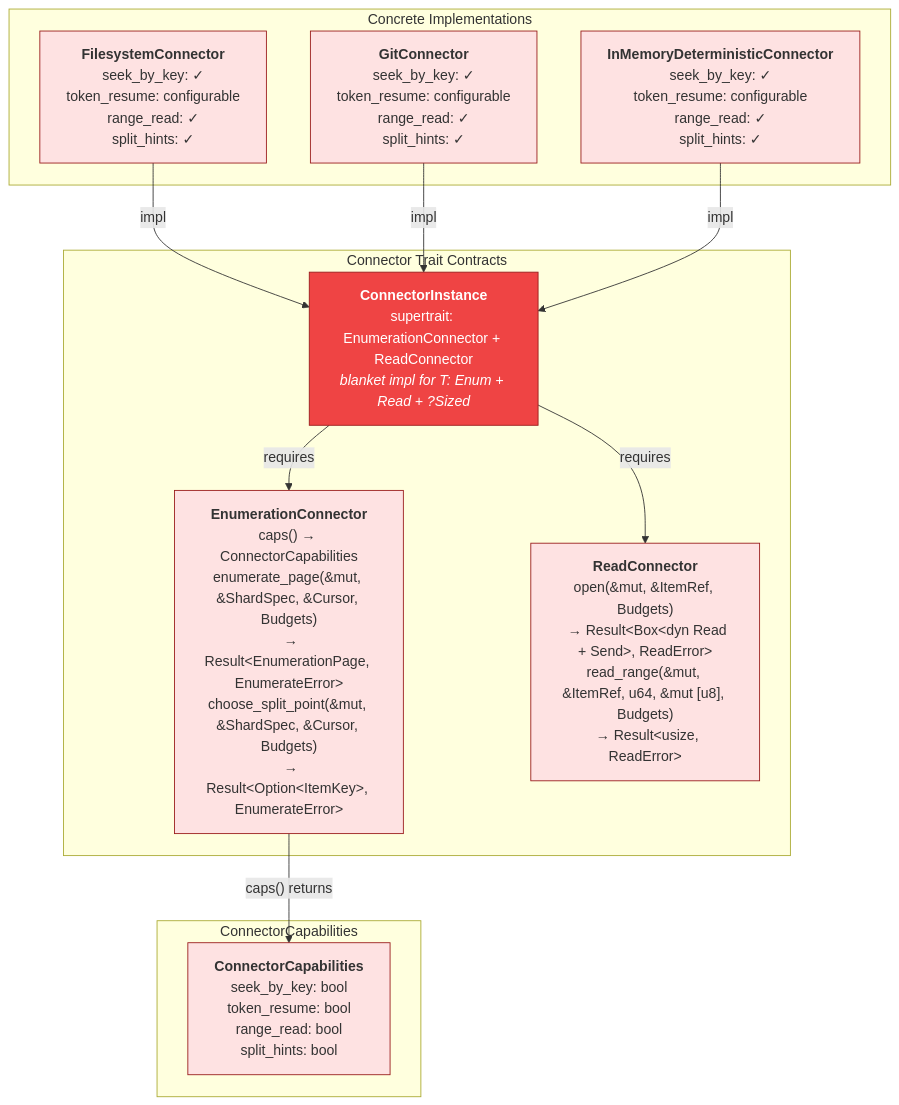
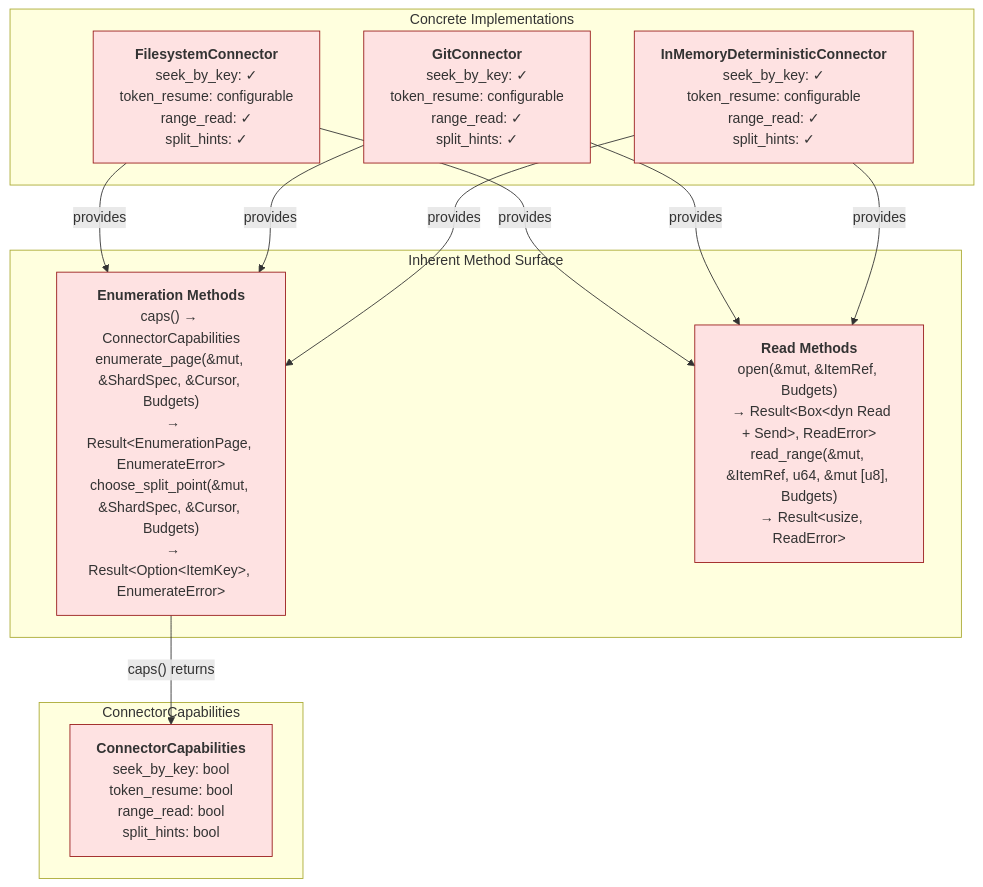
Before and after one commit to ahrav/Gossip-rs: the first of 4 diagrams in diagrams/14-connector-architecture.md, drawn with Mermaid. The commit also changed other lines of this file and 19 other files, not shown here.

First line of the commit message:
Remove trait dispatch from connector API, use inherent methods

````diff
--- a/diagrams/14-connector-architecture.md
+++ b/diagrams/14-connector-architecture.md
@@ -15,36 +13,34 @@
 ```mermaid
-%% Diagram: connector-trait-hierarchy
+%% Diagram: connector-method-surface
 graph TD
-    subgraph Traits["Connector Trait Contracts"]
-        CI["<b>ConnectorInstance</b><br/>supertrait: EnumerationConnector + ReadConnector<br/><i>blanket impl for T: Enum + Read + ?Sized</i>"]
-        EC["<b>EnumerationConnector</b><br/>caps() → ConnectorCapabilities<br/>enumerate_page(&mut, &ShardSpec, &Cursor, Budgets)<br/>  → Result&lt;EnumerationPage, EnumerateError&gt;<br/>choose_split_point(&mut, &ShardSpec, &Cursor, Budgets)<br/>  → Result&lt;Option&lt;ItemKey&gt;, EnumerateError&gt;"]
-        RC["<b>ReadConnector</b><br/>open(&mut, &ItemRef, Budgets)<br/>  → Result&lt;Box&lt;dyn Read + Send&gt;, ReadError&gt;<br/>read_range(&mut, &ItemRef, u64, &mut [u8], Budgets)<br/>  → Result&lt;usize, ReadError&gt;"]
-    end
-
-    CI -->|requires| EC
-    CI -->|requires| RC
-
     subgraph Caps["ConnectorCapabilities"]
         CC["<b>ConnectorCapabilities</b><br/>seek_by_key: bool<br/>token_resume: bool<br/>range_read: bool<br/>split_hints: bool"]
     end
 
-    EC -->|"caps() returns"| CC
+    subgraph Methods["Inherent Method Surface"]
+        EM["<b>Enumeration Methods</b><br/>caps() → ConnectorCapabilities<br/>enumerate_page(&mut, &ShardSpec, &Cursor, Budgets)<br/>  → Result&lt;EnumerationPage, EnumerateError&gt;<br/>choose_split_point(&mut, &ShardSpec, &Cursor, Budgets)<br/>  → Result&lt;Option&lt;ItemKey&gt;, EnumerateError&gt;"]
+        RM["<b>Read Methods</b><br/>open(&mut, &ItemRef, Budgets)<br/>  → Result&lt;Box&lt;dyn Read + Send&gt;, ReadError&gt;<br/>read_range(&mut, &ItemRef, u64, &mut [u8], Budgets)<br/>  → Result&lt;usize, ReadError&gt;"]
+    end
+
+    EM -->|"caps() returns"| CC
 
     subgraph Connectors["Concrete Implementations"]
         FS["<b>FilesystemConnector</b><br/>seek_by_key: ✓<br/>token_resume: configurable<br/>range_read: ✓<br/>split_hints: ✓"]
         GIT["<b>GitConnector</b><br/>seek_by_key: ✓<br/>token_resume: configurable<br/>range_read: ✓<br/>split_hints: ✓"]
         MEM["<b>InMemoryDeterministicConnector</b><br/>seek_by_key: ✓<br/>token_resume: configurable<br/>range_read: ✓<br/>split_hints: ✓"]
     end
 
-    FS -->|impl| CI
-    GIT -->|impl| CI
-    MEM -->|impl| CI
+    FS -->|provides| EM
+    FS -->|provides| RM
+    GIT -->|provides| EM
+    GIT -->|provides| RM
+    MEM -->|provides| EM
+    MEM -->|provides| RM
 
-    style CI fill:#EF4444,stroke:#991B1B,color:#fff
-    style EC fill:#FEE2E2,stroke:#991B1B
-    style RC fill:#FEE2E2,stroke:#991B1B
     style CC fill:#FEE2E2,stroke:#991B1B
+    style EM fill:#FEE2E2,stroke:#991B1B
+    style RM fill:#FEE2E2,stroke:#991B1B
     style FS fill:#FEE2E2,stroke:#991B1B
     style GIT fill:#FEE2E2,stroke:#991B1B
     style MEM fill:#FEE2E2,stroke:#991B1B
 ```
````
